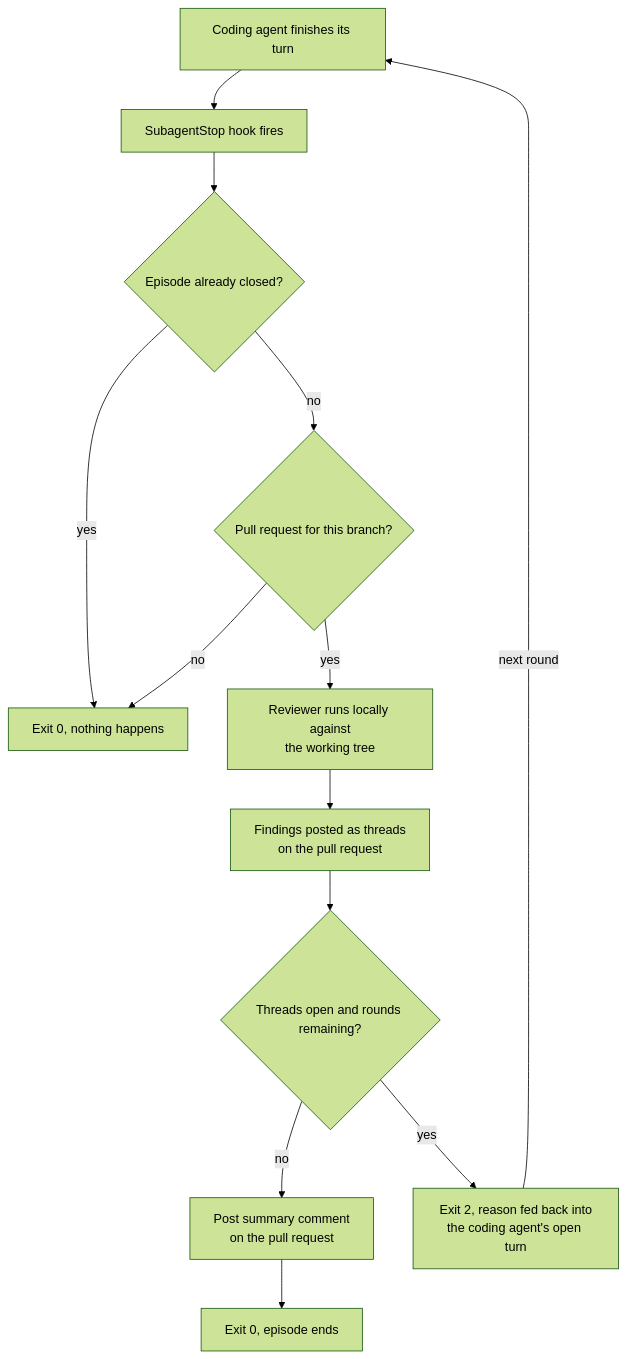
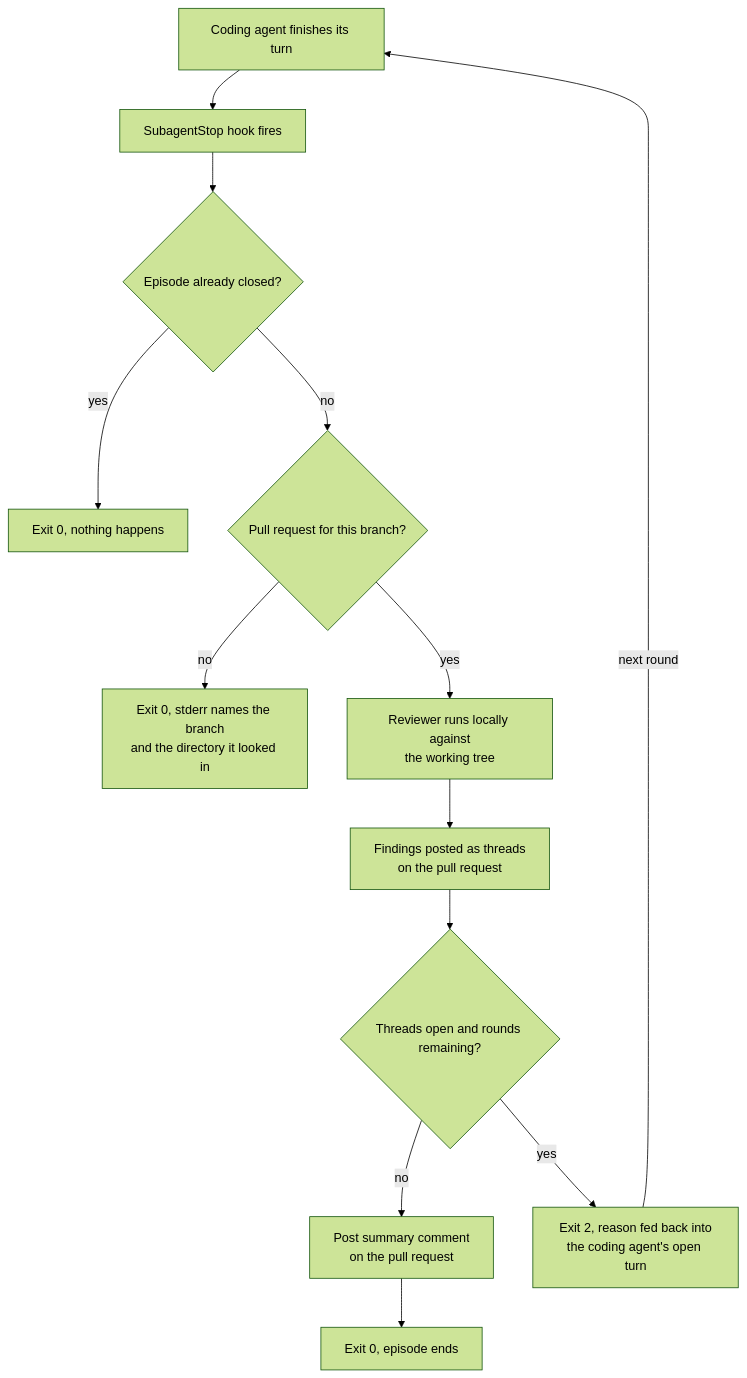
Before and after one commit to jacygao/squiz: the first of 2 diagrams in docs/specs/review-harness-spec.md, drawn with Mermaid (forest theme). The commit also changed other lines of this file and 16 other files, not shown here.

````diff
--- a/docs/specs/review-harness-spec.md
+++ b/docs/specs/review-harness-spec.md
@@ -160,15 +160,15 @@
 ```mermaid
 flowchart TD
     A[Coding agent finishes its turn] --> B[SubagentStop hook fires]
     B --> K{Episode already closed?}
     K -->|yes| D[Exit 0, nothing happens]
     K -->|no| C{Pull request for this branch?}
-    C -->|no| D
+    C -->|no| L[Exit 0, stderr names the branch<br/>and the directory it looked in]
     C -->|yes| E[Reviewer runs locally against<br/>the working tree]
     E --> F[Findings posted as threads<br/>on the pull request]
     F --> G{Threads open and rounds remaining?}
     G -->|no| I[Post summary comment<br/>on the pull request]
     I --> J[Exit 0, episode ends]
     G -->|yes| H[Exit 2, reason fed back into<br/>the coding agent's open turn]
     H -->|next round| A
 ```
````
